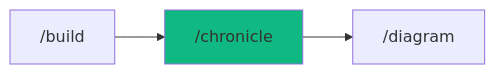
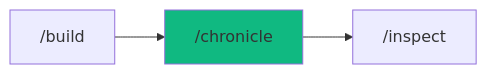
Before and after one commit to pikakit/agent-skills: the diagram in .agent/workflows/chronicle.md, drawn with Mermaid. The commit also changed other lines of this file and 203 other files, not shown here.

````diff
--- a/.agent/workflows/chronicle.md
+++ b/.agent/workflows/chronicle.md
@@ -232,6 +232,6 @@
 ```mermaid
 graph LR
     A["/build"] --> B["/chronicle"]
-    B --> C["/diagram"]
+    B --> C["/inspect"]
     style B fill:#10b981
 ```
````
